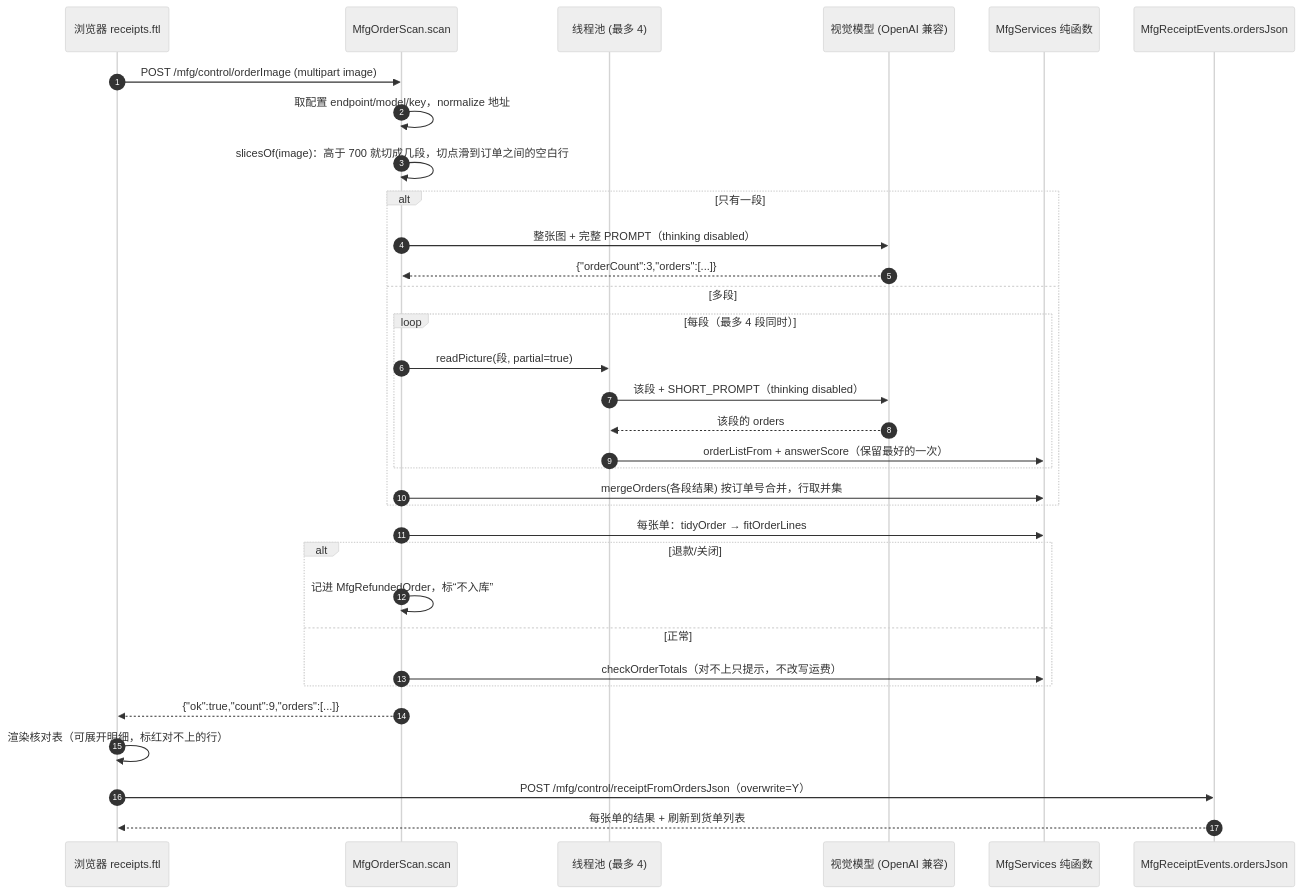
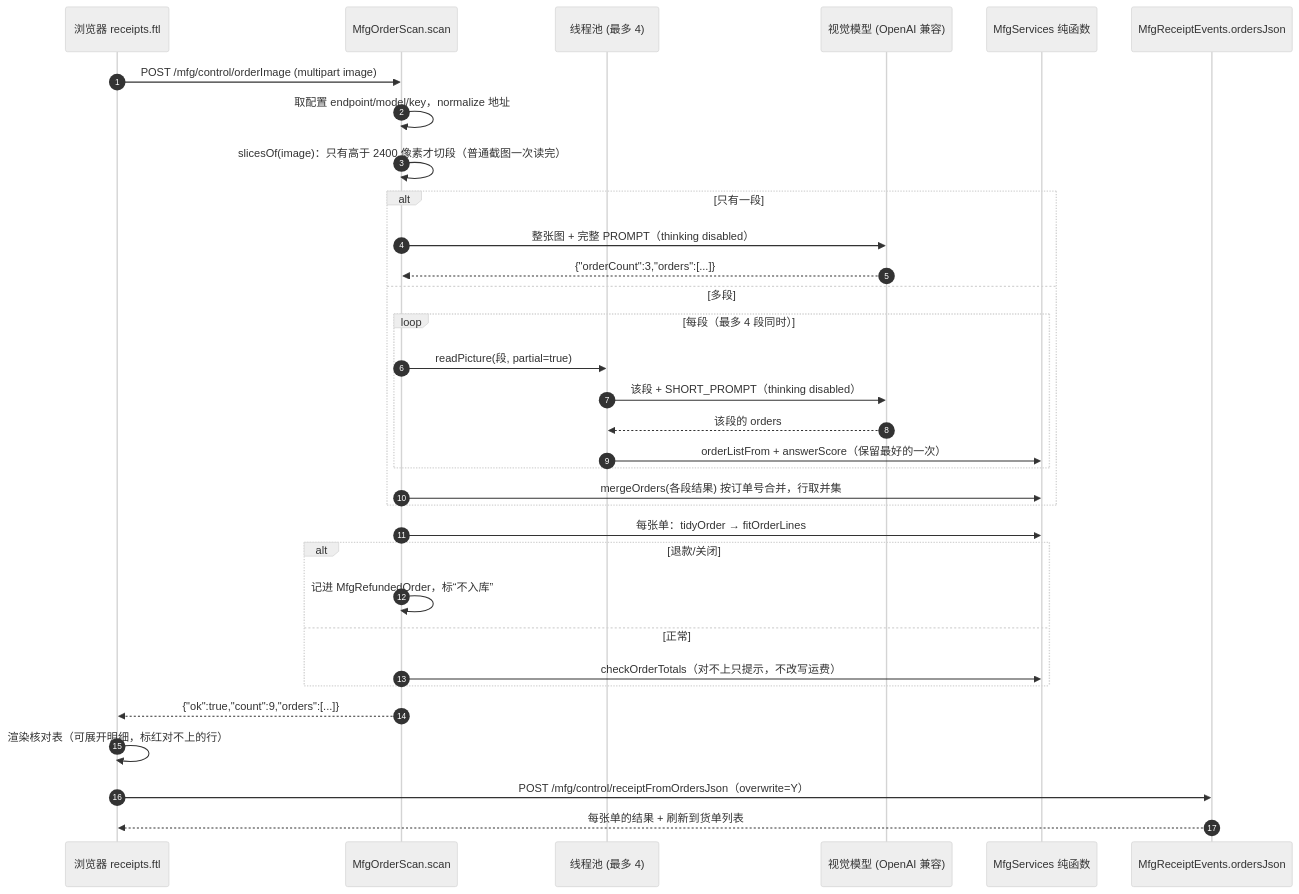
The first of 3 diagrams in langhua-ofbiz-mfg/docs/识图设计.md (shijh/langhua), drawn with Mermaid (neutral theme) before and after one commit. The commit also changed other lines of this file and 5 other files, not shown here.

First line of the commit message:
Step 106: 普通截图不再切段（切段切错块是“第 4 单丢了、单号整体错位”的根因）

````diff
--- a/langhua-ofbiz-mfg/docs/识图设计.md
+++ b/langhua-ofbiz-mfg/docs/识图设计.md
@@ -76,36 +77,36 @@
 ```mermaid
 sequenceDiagram
     autonumber
     participant B as 浏览器 receipts.ftl
     participant E as MfgOrderScan.scan
     participant P as 线程池 (最多 4)
     participant V as 视觉模型 (OpenAI 兼容)
     participant S as MfgServices 纯函数
     participant I as MfgReceiptEvents.ordersJson
 
     B->>E: POST /mfg/control/orderImage (multipart image)
     E->>E: 取配置 endpoint/model/key，normalize 地址
-    E->>E: slicesOf(image)：高于 700 就切成几段，切点滑到订单之间的空白行
+    E->>E: slicesOf(image)：只有高于 2400 像素才切段（普通截图一次读完）
     alt 只有一段
         E->>V: 整张图 + 完整 PROMPT（thinking disabled）
         V-->>E: {"orderCount":3,"orders":[...]}
     else 多段
         loop 每段（最多 4 段同时）
             E->>P: readPicture(段, partial=true)
             P->>V: 该段 + SHORT_PROMPT（thinking disabled）
             V-->>P: 该段的 orders
             P->>S: orderListFrom + answerScore（保留最好的一次）
         end
         E->>S: mergeOrders(各段结果) 按订单号合并，行取并集
     end
     E->>S: 每张单：tidyOrder → fitOrderLines
     alt 退款/关闭
         E->>E: 记进 MfgRefundedOrder，标“不入库”
     else 正常
         E->>S: checkOrderTotals（对不上只提示，不改写运费）
     end
     E-->>B: {"ok":true,"count":9,"orders":[...]}
     B->>B: 渲染核对表（可展开明细，标红对不上的行）
     B->>I: POST /mfg/control/receiptFromOrdersJson（overwrite=Y）
     I-->>B: 每张单的结果 + 刷新到货单列表
 ```
````
